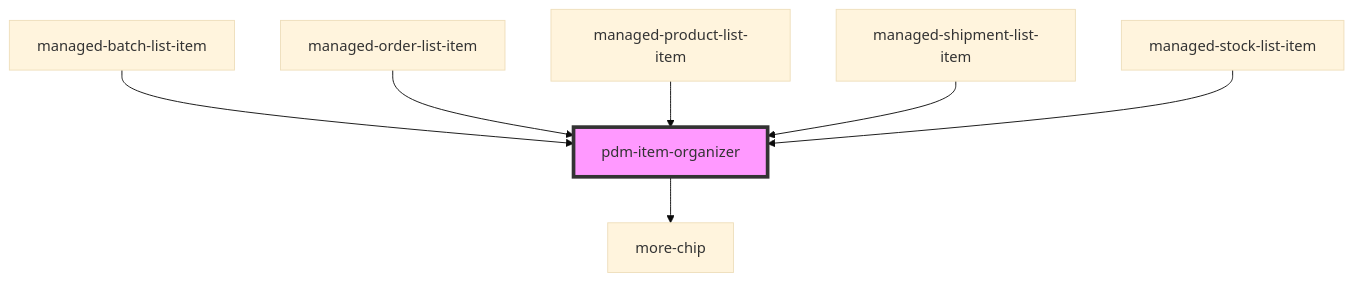
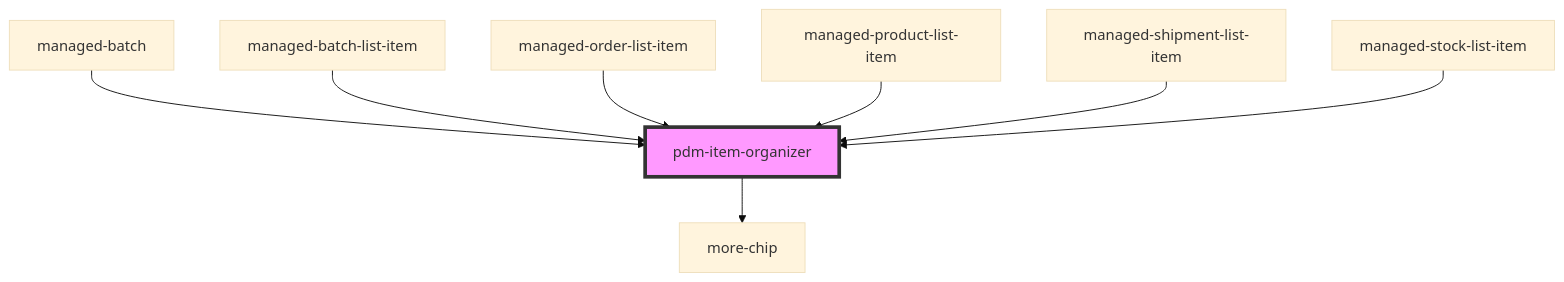
One commit to PharmaLedger-IMI/fgt-workspace changed the diagram in pdm-web-components/src/components/pdm-item-organizer/readme.md. Above: the diagram before and after it, drawn with Mermaid (base theme). The commit also changed other lines of this file and 112 other files, not shown here.

````diff
--- a/pdm-web-components/src/components/pdm-item-organizer/readme.md
+++ b/pdm-web-components/src/components/pdm-item-organizer/readme.md
@@ -42,10 +43,11 @@
 ```mermaid
 graph TD;
   pdm-item-organizer --> more-chip
+  managed-batch --> pdm-item-organizer
   managed-batch-list-item --> pdm-item-organizer
   managed-order-list-item --> pdm-item-organizer
   managed-product-list-item --> pdm-item-organizer
   managed-shipment-list-item --> pdm-item-organizer
   managed-stock-list-item --> pdm-item-organizer
   style pdm-item-organizer fill:#f9f,stroke:#333,stroke-width:4px
 ```
````
